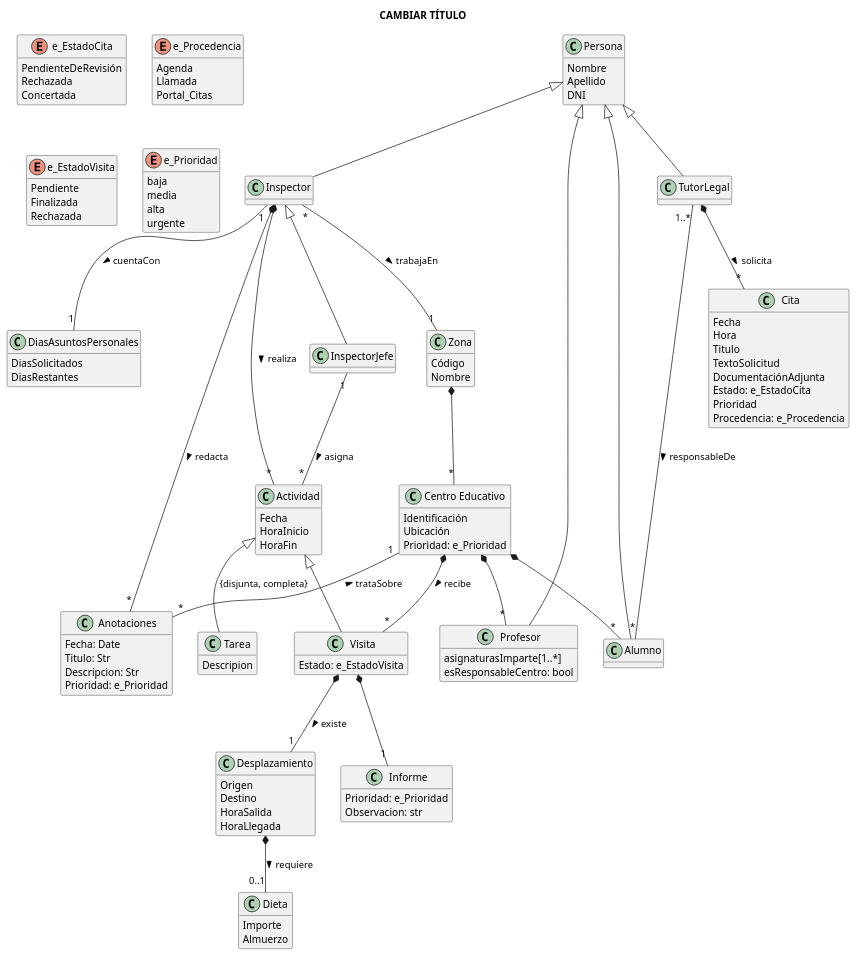
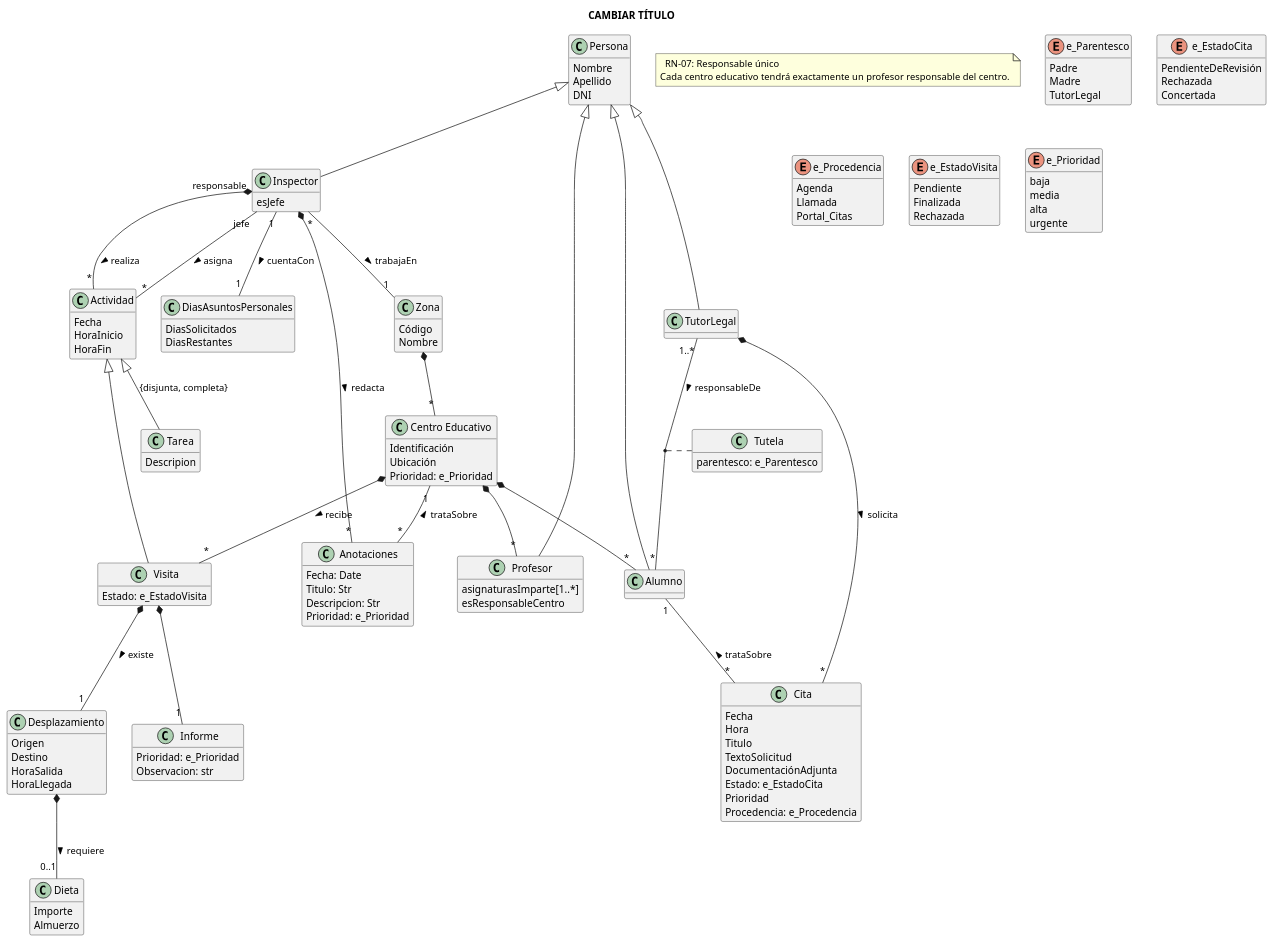
The diagram in docs/modelado_conceptual.puml (lorenzomaranon/ProyectoBD_Inspeccion_Educativa), drawn with PlantUML before and after one commit.

Commit message:
Actualizo con clase Tutela y nuevas asociaciones

```diff
--- a/docs/modelado_conceptual.puml
+++ b/docs/modelado_conceptual.puml
@@ -50,6 +50,11 @@
  Cada inspector solo podrá consultar sus propios días de asuntos personales disponibles; el inspector jefe podrá consultar los de todos los inspectores.
 end note'/
 
+note as RN07
+  RN-07: Responsable único
+Cada centro educativo tendrá exactamente un profesor responsable del centro.
+end note
+
 ' CONEXIONES RN - CLASES: .. dibuja una línea discontinua sin flecha.
 ' Añade una conexión por cada clase afectada por una regla. 
 ' -> ESTADO: DONE!
@@ -73,16 +78,14 @@
 
 RN06 .. Inspector
 RN06 .. InspectorJefe
-RN06 .. DiasAsuntosPersonales'/
+RN06 .. DiasAsuntosPersonales
 
+RN07 .. Profesor
+RN07 .. CentroEducativo'/
 
 'CLASES:'
 class Inspector{
-
-}
-
-
-class InspectorJefe {
+  esJefe
 }
 
 class "Centro Educativo" as CentroEducativo{
@@ -96,7 +99,6 @@
     Destino
     HoraSalida
     HoraLlegada
-    Tarifa          //Tarifa vigente por km (RC-01)
 }
 
 class Dieta{
@@ -128,15 +130,11 @@
     HoraFin
 }
 
-'Completa disjunta'
-
 class Visita {
      Estado: e_EstadoVisita
 }
 
- 'Sale de la visita. RI-10
 class Informe { 
-    
     Prioridad: e_Prioridad
     Observacion: str
     }
@@ -146,18 +144,14 @@
 }
 
 class DiasAsuntosPersonales {
-    
     DiasSolicitados
     DiasRestantes
-
 }
 
 class Zona {
     Código
     Nombre
 }
-
-
 
 class Persona {
     Nombre
@@ -171,11 +165,21 @@
 
 class Profesor{
     asignaturasImparte[1..*]
-    esResponsableCentro: bool
+    esResponsableCentro
 }
 
 class TutorLegal{
     
+}
+
+class Tutela {
+  parentesco: e_Parentesco
+}
+
+enum e_Parentesco {
+  Padre
+  Madre
+  TutorLegal
 }
 
 enum e_EstadoCita{
@@ -203,7 +207,6 @@
     urgente
 }
 
-Inspector <|-- InspectorJefe
 Persona <|-- Alumno
 Persona <|-- Profesor
 Persona <|-- Inspector
@@ -214,18 +217,20 @@
 Zona *-- "*" CentroEducativo
 Inspector "*" -- "1" Zona: trabajaEn >
 Inspector *-- "*" Anotaciones: redacta >
-Inspector *-- "*" Actividad: realiza >
+Inspector "responsable" *-- "*" Actividad: realiza >
+Inspector "jefe" -- "*" Actividad: asigna >
 Inspector "1" -- "1" DiasAsuntosPersonales: > cuentaCon
 TutorLegal "1..*" -- "*" Alumno : responsableDe > 
+(TutorLegal, Alumno) .. Tutela
 TutorLegal *-- "*" Cita : solicita >
 Visita *-- "1" Informe
 Visita *-- "1" Desplazamiento : existe >
 Desplazamiento *-- "0..1" Dieta : requiere >
-InspectorJefe "1" -- "*" Actividad : asigna > 
 CentroEducativo *-- "*" Visita: recibe >
 CentroEducativo *-- "*" Alumno
 CentroEducativo *-- "*" Profesor
 CentroEducativo "1" -- "*" Anotaciones: trataSobre <
+Alumno "1" -- "*" Cita: trataSobre <
 
 
 
```
